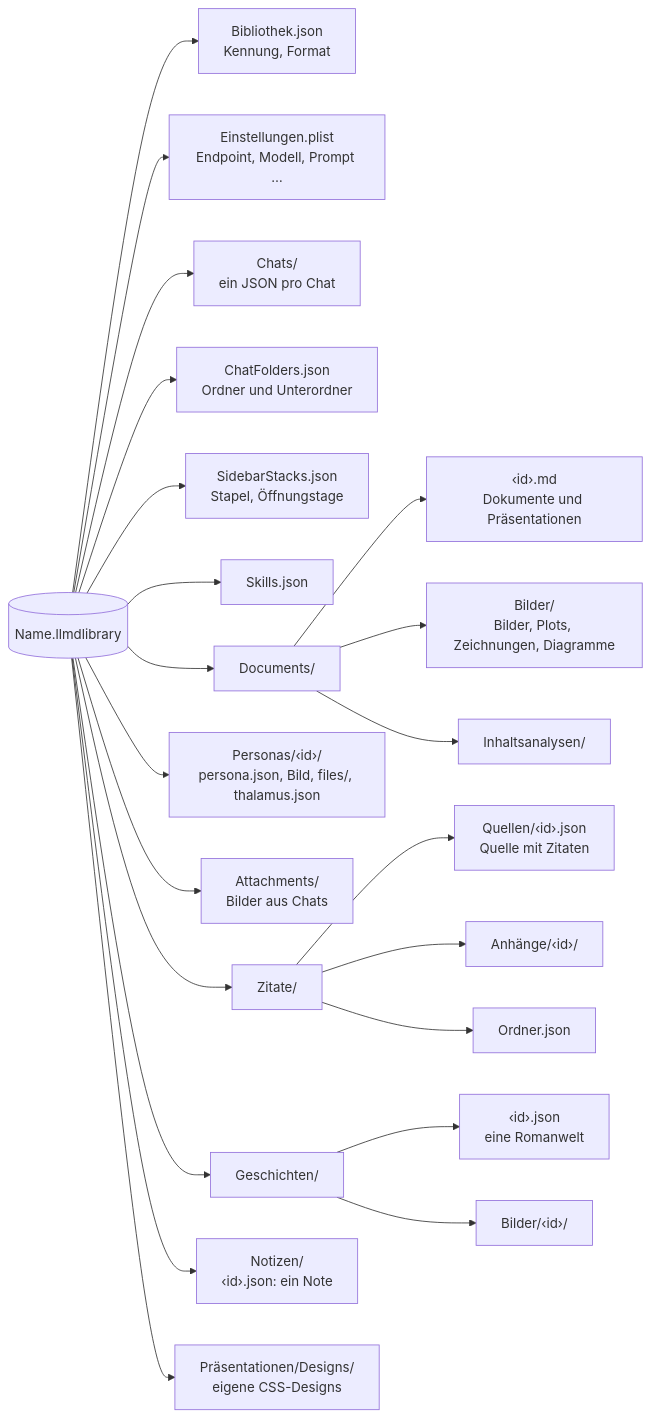
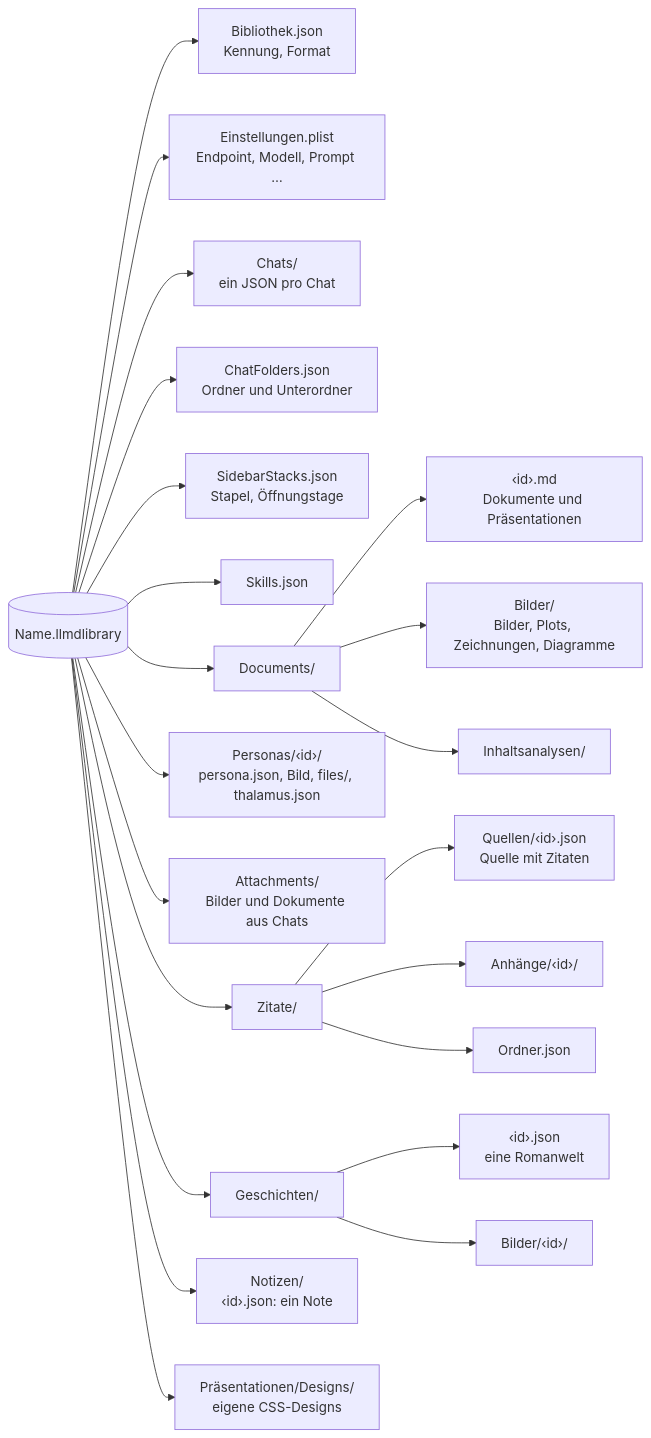
One commit to AlexEhrenberger/LLMDesigner changed the diagram in docs/speicherformate.md. Above: the diagram before and after it, drawn with Mermaid. The commit also changed other lines of this file and 39 other files, not shown here.

````diff
--- a/docs/speicherformate.md
+++ b/docs/speicherformate.md
@@ -14,24 +14,24 @@
 ```mermaid
 flowchart LR
     L[("Name.llmdlibrary")] --> B["Bibliothek.json<br/>Kennung, Format"]
     L --> E["Einstellungen.plist<br/>Endpoint, Modell, Prompt …"]
     L --> CH["Chats/<br/>ein JSON pro Chat"]
     L --> CF["ChatFolders.json<br/>Ordner und Unterordner"]
     L --> ST["SidebarStacks.json<br/>Stapel, Öffnungstage"]
     L --> SK["Skills.json"]
     L --> D["Documents/"]
     D --> DM["‹id›.md<br/>Dokumente und Präsentationen"]
     D --> BI["Bilder/<br/>Bilder, Plots, Zeichnungen, Diagramme"]
     D --> IA["Inhaltsanalysen/"]
     L --> PE["Personas/‹id›/<br/>persona.json, Bild, files/, thalamus.json"]
-    L --> AT["Attachments/<br/>Bilder aus Chats"]
+    L --> AT["Attachments/<br/>Bilder und Dokumente aus Chats"]
     L --> Z["Zitate/"]
     Z --> ZQ["Quellen/‹id›.json<br/>Quelle mit Zitaten"]
     Z --> ZA["Anhänge/‹id›/"]
     Z --> ZO["Ordner.json"]
     L --> G["Geschichten/"]
     G --> GW["‹id›.json<br/>eine Romanwelt"]
     G --> GB["Bilder/‹id›/"]
     L --> N["Notizen/<br/>‹id›.json: ein Note"]
     L --> PD["Präsentationen/Designs/<br/>eigene CSS-Designs"]
 ```
````
